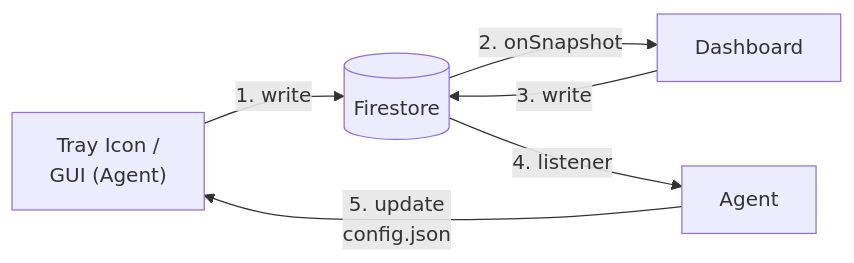
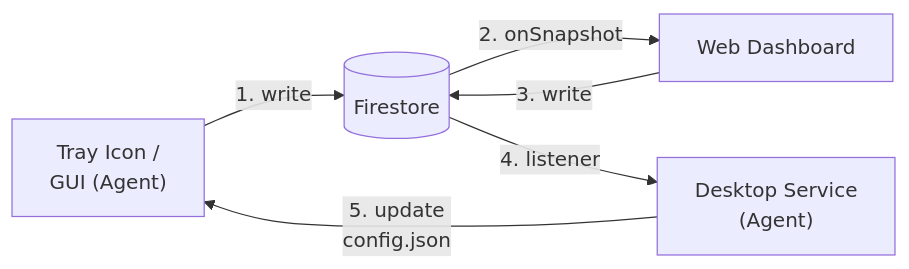
One commit to theexperiential/owlette changed the fourth of 7 diagrams in docs/architecture.md. Above: the diagram before and after it, drawn with Mermaid. The commit also changed other lines of this file, not shown here.

Commit message:
docs: make diagram node labels consistent throughout architecture

````diff
--- a/docs/architecture.md
+++ b/docs/architecture.md
@@ -99,8 +99,8 @@
 ```mermaid
 flowchart LR
     GUI["Tray Icon /\nGUI (Agent)"] -->|"1. write"| FS[("Firestore")]
-    FS -->|"2. onSnapshot"| Dashboard["Dashboard"]
+    FS -->|"2. onSnapshot"| Dashboard["Web Dashboard"]
     Dashboard -->|"3. write"| FS
-    FS -->|"4. listener"| Agent["Agent"]
+    FS -->|"4. listener"| Agent["Desktop Service\n(Agent)"]
     Agent -->|"5. update\nconfig.json"| GUI
 ```
````
